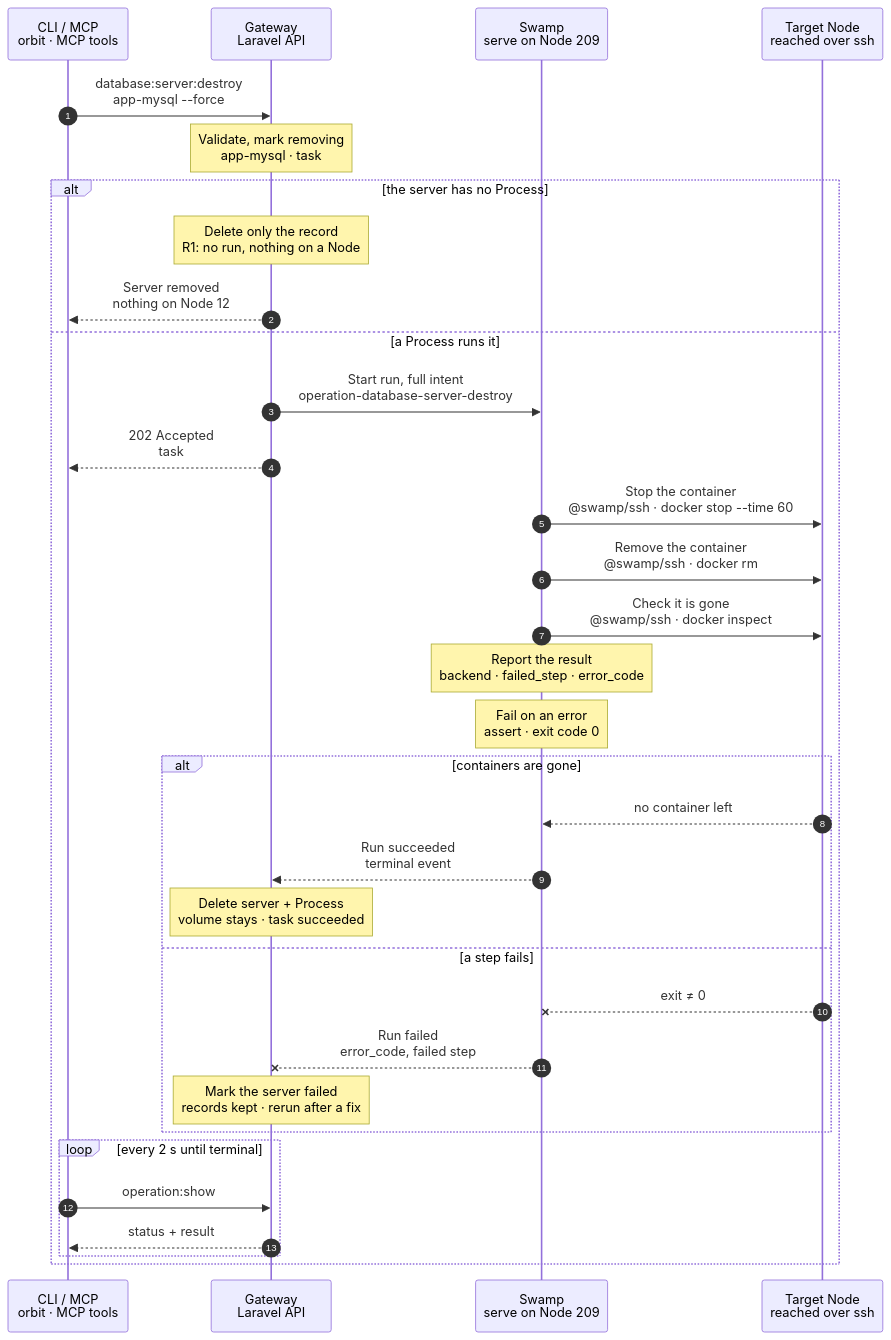
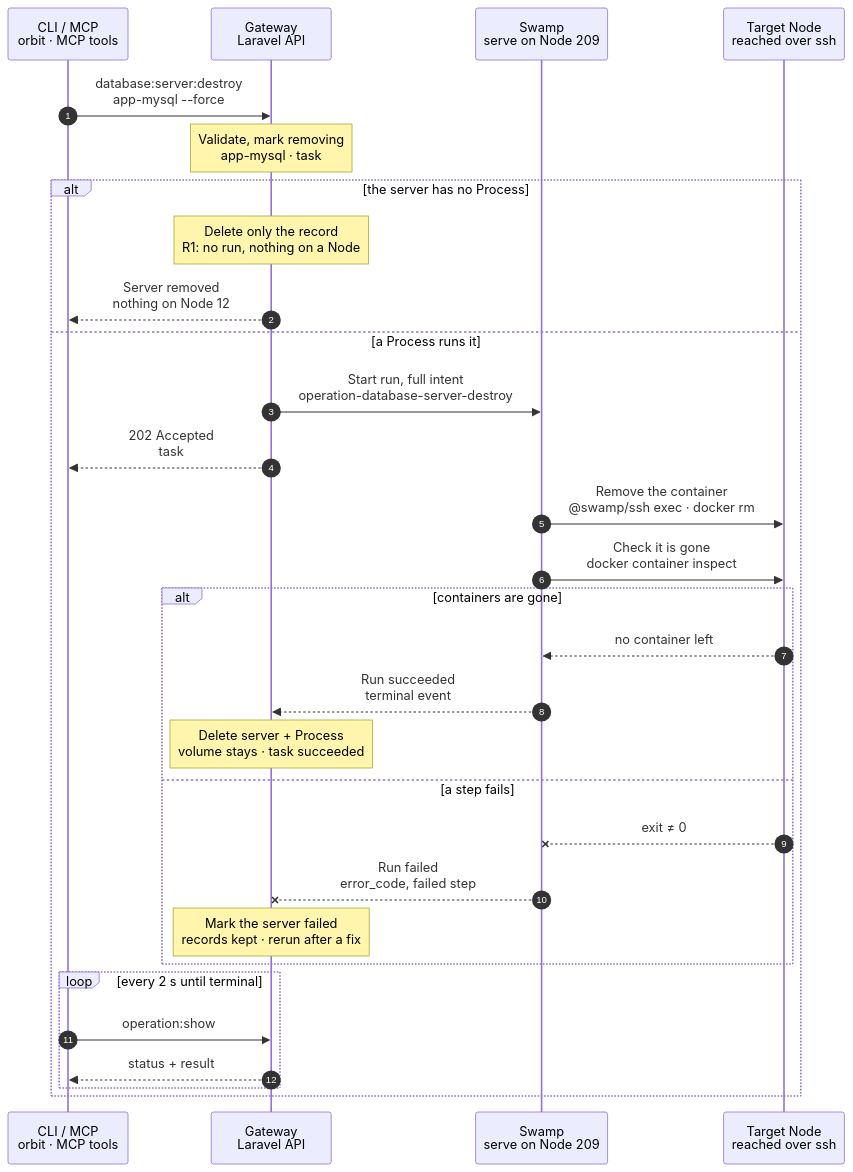
One commit to hardimpactdev/orbit changed the diagram in docs/cli/database/server-destroy.mmd. Above: the diagram before and after it, drawn with Mermaid. The commit also changed 6 other files, not shown here.

Commit message:
refactor(databases): database:server:destroy removes the container in one step and ends on an inspect check (flow-tighten pass 3)

```diff
--- a/docs/cli/database/server-destroy.mmd
+++ b/docs/cli/database/server-destroy.mmd
@@ -1,114 +1,111 @@
 sequenceDiagram
   %% Target design: ADR 0244 task, single-swamp-node, DECISIONS R1 (record-only change starts no run), R2, R4, flow-tighten rule 22 (one docker command per step as exec argv; cfgmgmt docker_container stores its env as sensitive output the swamp role cannot write). Same shape as tool.remove.
+  %% Tightened: flow-tighten 2026-11-02, rules 6, 14, 17, 22 (remove with one docker rm --force; inspect end check; no report or assert step).
   %% status: draft
   %% command: database:server:destroy
   %% kind: database_server.destroy
   autonumber
   %% lane CLI icon=terminal pill=caller tone=gray
   %% lane GW icon=gateway pill=intent tone=blue
   %% lane SW icon=workflow pill=executes tone=green
   %% lane N icon=server pill=target tone=amber
   participant CLI as CLI / MCP<br/>orbit · MCP tools
   participant GW as Gateway<br/>Laravel API
   participant SW as Swamp<br/>serve on Node 209
   participant N as Target Node<br/>reached over ssh
   CLI->>GW: database:server:destroy<br/>app-mysql --force
   %%> Command:
   %%> - `orbit database:server:destroy app-mysql --force`
   %%> - syntax: `<slug> [--force] [--idempotency-key=KEY] [--json]`
   %%> Input:
   %%> - the slug of the Database server as the argument
   %%> Confirmation:
   %%> - without `--force`, the CLI asks first; the default is No
   %%> - a JSON or non-interactive call without `--force` returns `database.confirmation_required`
   Note over GW: Validate, mark removing<br/>app-mysql · task #5160
   %%> Requirements:
   %%> - your Node has an access grant to Node 12, which runs app-mysql
   %%> - no Database connection points to app-mysql (`database.server_in_use`)
   %%> - no database create, user change or other task runs on app-mysql (`database.server_busy`)
   %%> What it does:
   %%> - takes the lock for app-mysql and marks it removing, so new databases on it are refused
   %%> Result:
   %%> - task #5160 recorded with the full intent
   alt the server has no Process
     Note over GW: Delete only the record<br/>R1: no run, nothing on a Node
     %%> When:
     %%> - a create failed before it recorded the Process
     %%> Result:
     %%> - the Database server record is deleted; task #5160 succeeds at once
     GW-->>CLI: Server removed<br/>nothing on Node 12
     %%> What you get:
     %%> - the result at once; there is nothing to follow
   else a Process runs it
     GW->>SW: Start run, full intent<br/>operation-database-server-destroy
     %%> What it does:
     %%> - starts one Swamp run on serve (Node 209)
     %%> Inputs:
     %%> - the Process and its container names, including the candidate and original names a create can leave
     %%> - Node 12's address and SSH host keys; the SSH identity comes from the `swamp` role
     %%> Not included:
     %%> - credentials; removal needs no database login
     GW-->>CLI: 202 Accepted<br/>task #5160
     %%> What you get:
     %%> - the task number, at once
     %%> Next:
     %%> - the CLI follows the task with `operation:show`
-    SW->>N: Stop the container<br/>@swamp/ssh · docker stop --time 60
+    SW->>N: Remove the container<br/>@swamp/ssh exec · docker rm
     %%> How:
-    %%> - Swamp reaches Node 12 over SSH from 209 with the official `@swamp/ssh` behavior, one command as argv
+    %%> - Swamp reaches Node 12 over SSH from 209 with `@swamp/ssh` and the `swamp` role's SSH identity; one `docker rm --force` argv
+    %%> - `@swamp/cfgmgmt/docker_container` would store the container env as sensitive output in a vault the `swamp` role cannot write
     %%> What it does:
-    %%> - stops the server's container gently; one that is already gone counts as stopped
-    SW->>N: Remove the container<br/>@swamp/ssh · docker rm
-    %%> What it does:
-    %%> - removes the stopped container; one that is already gone counts as removed
+    %%> - removes the server's container; one that is already gone counts as removed
+    %%> - the database recovers from its volume on a later start, as after a crash
     %%> Not removed:
     %%> - the volume `orbit-app-mysql-data`, so the data survives
-    SW->>N: Check it is gone<br/>@swamp/ssh · docker inspect
+    SW->>N: Check it is gone<br/>docker container inspect
     %%> What it does:
-    %%> - `docker container inspect` must report the container missing; that is the end check
-    Note over SW: Report the result<br/>backend · failed_step · error_code
-    %%> What it does:
-    %%> - maps the first failed step to its error code, for example `database.server_remove_failed`
-    Note over SW: Fail on an error<br/>assert · exit code 0
-    %%> What it does:
-    %%> - fails the run when the report holds an `error_code`, so the task fails with that code
+    %%> - `docker container inspect` must exit 1, no such container; that is the end check
+    %%> - the behavior's own `check` reports drift but cannot fail a run, so a plain inspect does it
+    %%> Not included:
+    %%> - no report or assert step: a failed step ends the run with its own exit code, mapped to `database.server_remove_failed`
     alt containers are gone
       N-->>SW: no container left
       %%> Returns:
       %%> - the check passed for every container name
       SW-->>GW: Run succeeded<br/>terminal event
       %%> How the Gateway learns it:
       %%> - its shared run reader sees the terminal event; Swamp never calls the Gateway
       Note over GW: Delete server + Process<br/>volume stays · task succeeded
       %%> Result:
       %%> - the Database server and Process records are deleted
       %%> - task #5160 succeeds
       %%> On the Node:
       %%> - the volume `orbit-app-mysql-data` stays; remove it by hand when its data must go
       %%> - a new server with the same slug finds the old volume
     else a step fails
       N--xSW: exit ≠ 0
       %%> When:
       %%> - SSH fails, or Docker refuses to stop or remove a container
       SW--xGW: Run failed<br/>error_code, failed step
       %%> The Gateway reads:
       %%> - which step failed and its error code
       Note over GW: Mark the server failed<br/>records kept · rerun after a fix
       %%> Result:
       %%> - Database server app-mysql and its Process stay recorded, marked failed
       %%> - task #5160 fails
       %%> On the Node:
       %%> - containers removed before the failure stay removed; there is no rollback
       %%> - that is safe: a rerun inspects again and skips containers that are gone
       %%> Retry:
       %%> - run the same command again after fixing the cause; it is a new task
     end
     loop every 2 s until terminal
       CLI->>GW: operation:show #5160
       %%> What it does:
       %%> - asks for the task's status every 2 seconds until it has ended
       GW-->>CLI: status + result
       %%> Returns:
       %%> - the current status, and the result once the task has ended
     end
   end
```
